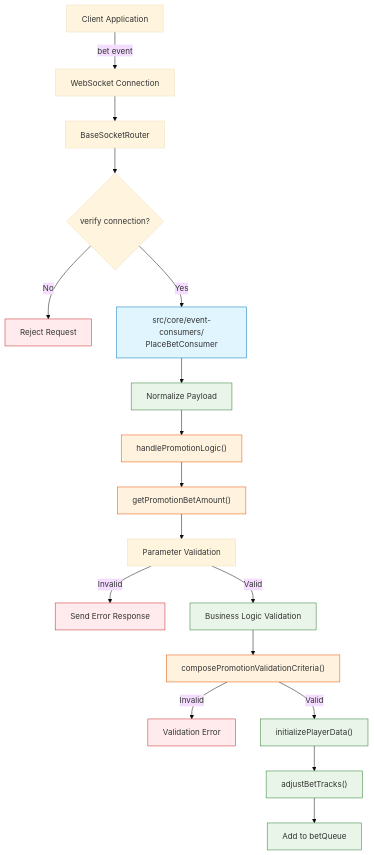
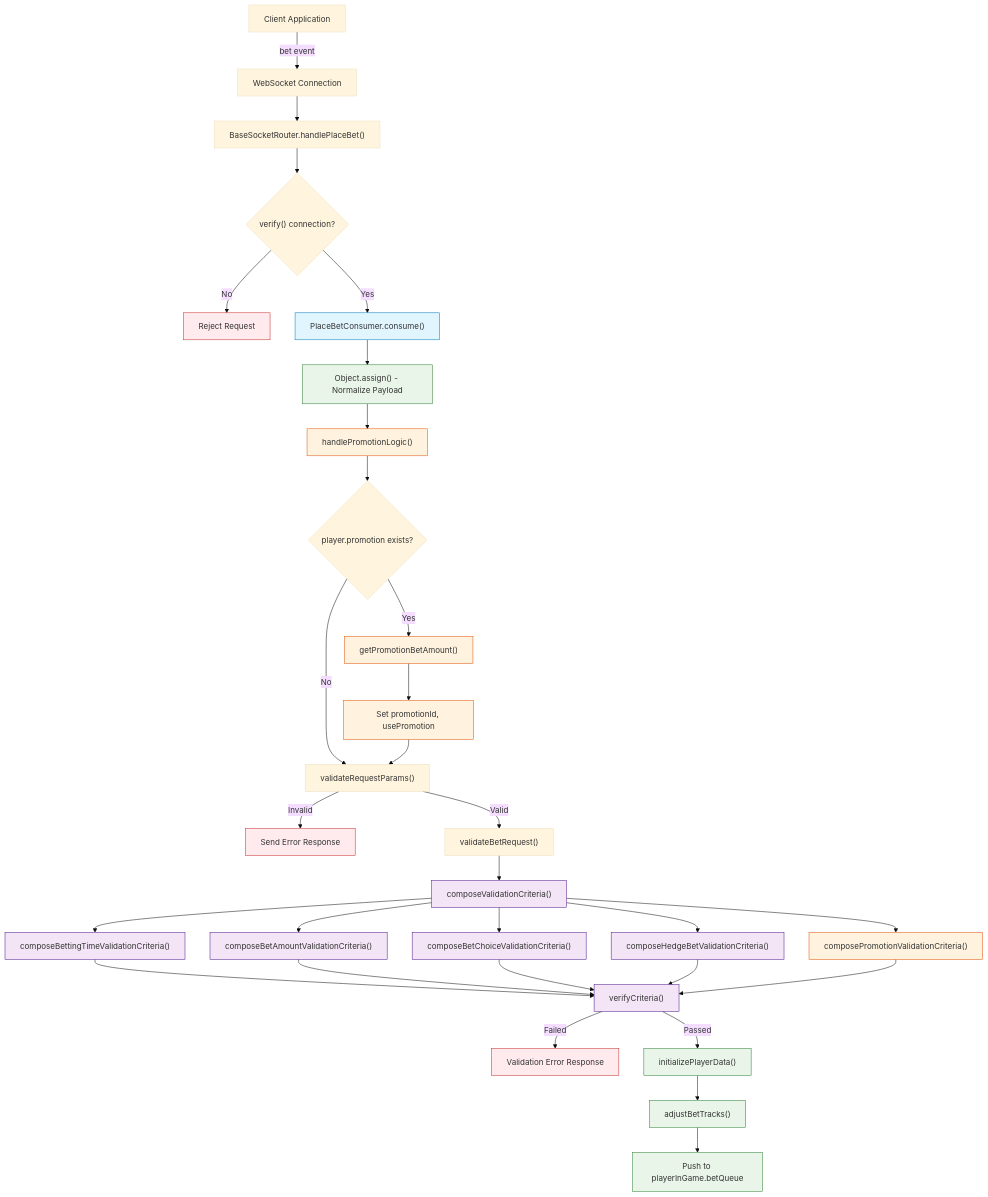
Before and after one commit to starixvn/l1_sc-packages_sc-game-base: the third of 7 diagrams in diagrams/place-bet-flow-diagram.md, drawn with Mermaid (base theme). The commit also changed other lines of this file and 2 other files, not shown here.

````diff
--- a/diagrams/place-bet-flow-diagram.md
+++ b/diagrams/place-bet-flow-diagram.md
@@ -102,32 +125,49 @@
 ```mermaid
 flowchart TD
     Client["Client Application"] -->|"bet event"| Socket["WebSocket Connection"]
-    Socket --> Router["BaseSocketRouter"]
-    Router --> Verify{"verify connection?"}
+    Socket --> Router["BaseSocketRouter.handlePlaceBet()"]
+    Router --> Verify{"verify() connection?"}
     Verify -->|"No"| Reject["Reject Request"]
-    Verify -->|"Yes"| PlaceBetConsumer["src/core/event-consumers/<br/>PlaceBetConsumer"]
+    Verify -->|"Yes"| PlaceBetConsumer["PlaceBetConsumer.consume()"]
 
-    PlaceBetConsumer --> Normalize["Normalize Payload"]
-    Normalize --> HandlePromotion["handlePromotionLogic()"]
-    HandlePromotion --> GetPromotionAmount["getPromotionBetAmount()"]
-    GetPromotionAmount --> ParamCheck["Parameter Validation"]
+    PlaceBetConsumer --> NormalizePayload["Object.assign() - Normalize Payload"]
+    NormalizePayload --> HandlePromotion["handlePromotionLogic()"]
+    HandlePromotion --> CheckPromotion{"player.promotion exists?"}
+    CheckPromotion -->|"Yes"| GetPromotionAmount["getPromotionBetAmount()"]
+    CheckPromotion -->|"No"| ValidateParams["validateRequestParams()"]
+    GetPromotionAmount --> SetPromotionFields["Set promotionId, usePromotion"]
+    SetPromotionFields --> ValidateParams
 
-    ParamCheck -->|"Invalid"| ErrorResponse["Send Error Response"]
-    ParamCheck -->|"Valid"| BetValidation["Business Logic Validation"]
-    BetValidation --> PromotionValidation["composePromotionValidationCriteria()"]
+    ValidateParams -->|"Invalid"| ErrorResponse["Send Error Response"]
+    ValidateParams -->|"Valid"| ValidateBetRequest["validateBetRequest()"]
+    ValidateBetRequest --> ComposeValidation["composeValidationCriteria()"]
 
-    PromotionValidation -->|"Invalid"| ValidationError["Validation Error"]
-    PromotionValidation -->|"Valid"| InitializePlayer["initializePlayerData()"]
+    ComposeValidation --> BettingTimeCheck["composeBettingTimeValidationCriteria()"]
+    ComposeValidation --> BetAmountCheck["composeBetAmountValidationCriteria()"]
+    ComposeValidation --> BetChoiceCheck["composeBetChoiceValidationCriteria()"]
+    ComposeValidation --> HedgeBetCheck["composeHedgeBetValidationCriteria()"]
+    ComposeValidation --> PromotionCheck["composePromotionValidationCriteria()"]
+
+    BettingTimeCheck --> VerifyCriteria["verifyCriteria()"]
+    BetAmountCheck --> VerifyCriteria
+    BetChoiceCheck --> VerifyCriteria
+    HedgeBetCheck --> VerifyCriteria
+    PromotionCheck --> VerifyCriteria
+
+    VerifyCriteria -->|"Failed"| ValidationError["Validation Error Response"]
+    VerifyCriteria -->|"Passed"| InitializePlayer["initializePlayerData()"]
     InitializePlayer --> AdjustTracks["adjustBetTracks()"]
-    AdjustTracks --> QueueBet["Add to betQueue"]
+    AdjustTracks --> QueueBet["Push to playerInGame.betQueue"]
 
     classDef consumerStyle fill:#e1f5fe,stroke:#0277bd
     classDef errorStyle fill:#ffebee,stroke:#c62828
     classDef successStyle fill:#e8f5e8,stroke:#2e7d32
     classDef promotionStyle fill:#fff3e0,stroke:#e65100
+    classDef validationStyle fill:#f3e5f5,stroke:#4a148c
 
     class PlaceBetConsumer consumerStyle
     class Reject,ErrorResponse,ValidationError errorStyle
-    class Normalize,BetValidation,InitializePlayer,AdjustTracks,QueueBet successStyle
-    class HandlePromotion,GetPromotionAmount,PromotionValidation promotionStyle
+    class NormalizePayload,InitializePlayer,AdjustTracks,QueueBet successStyle
+    class HandlePromotion,GetPromotionAmount,SetPromotionFields,PromotionCheck promotionStyle
+    class ComposeValidation,BettingTimeCheck,BetAmountCheck,BetChoiceCheck,HedgeBetCheck,VerifyCriteria validationStyle
 ```
````
